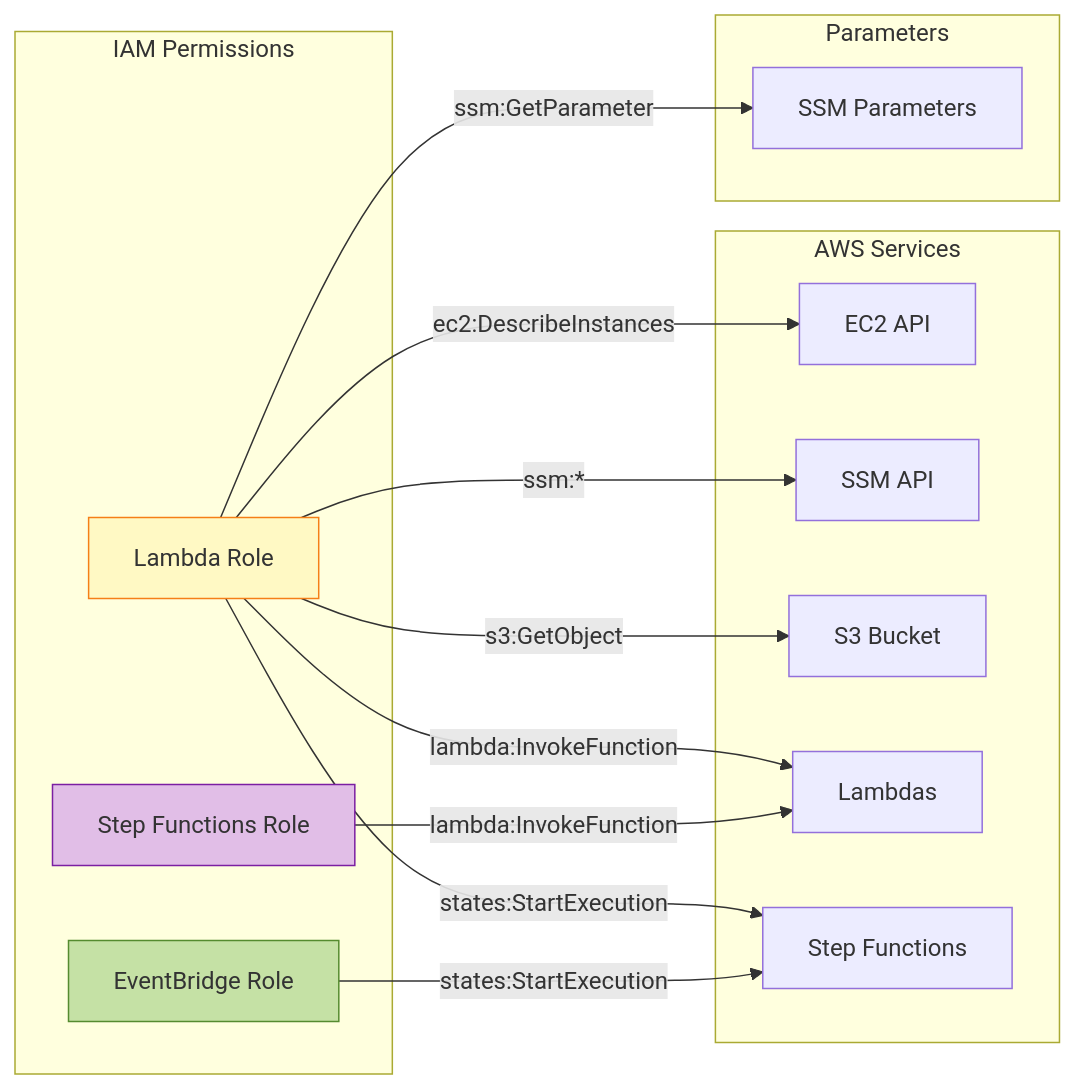
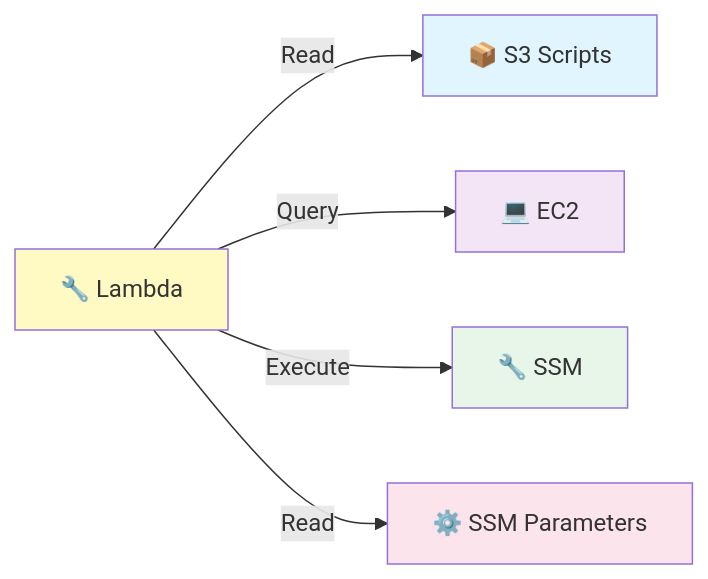
Before and after one commit to alejogaci/AWS_WS_Automate: the seventh of 8 diagrams in ARCHITECTURE.md, drawn with Mermaid. The commit also changed other lines of this file, not shown here.

````diff
--- a/ARCHITECTURE.md
+++ b/ARCHITECTURE.md
@@ -205,28 +179,13 @@
 ```mermaid
 graph LR
-    subgraph "IAM Permissions"
-        LR[Lambda Role]
-        SFR[Step Functions Role]
-        EBR[EventBridge Role]
-    end
+    Lambda[🔧 Lambda] -->|Read| S3[📦 S3 Scripts]
+    Lambda -->|Query| EC2[💻 EC2]
+    Lambda -->|Execute| SSM[🔧 SSM]
+    Lambda -->|Read| Params[⚙️ SSM Parameters]
     
-    subgraph "AWS Services"
-        LR -->|ec2:DescribeInstances| EC2[EC2 API]
-        LR -->|ssm:*| SSM[SSM API]
-        LR -->|s3:GetObject| S3[S3 Bucket]
-        LR -->|lambda:InvokeFunction| LAMBDA[Lambdas]
-        LR -->|states:StartExecution| SF[Step Functions]
-        
-        SFR -->|lambda:InvokeFunction| LAMBDA
-        EBR -->|states:StartExecution| SF
-    end
-    
-    subgraph "Parameters"
-        SSM_P[SSM Parameters]
-        LR -->|ssm:GetParameter| SSM_P
-    end
-
-    style LR fill:#fff9c4,stroke:#f57f17
-    style SFR fill:#e1bee7,stroke:#7b1fa2
-    style EBR fill:#c5e1a5,stroke:#558b2f
+    style Lambda fill:#fff9c4
+    style S3 fill:#e1f5fe
+    style EC2 fill:#f3e5f5
+    style SSM fill:#e8f5e9
+    style Params fill:#fce4ec
 ```
````
